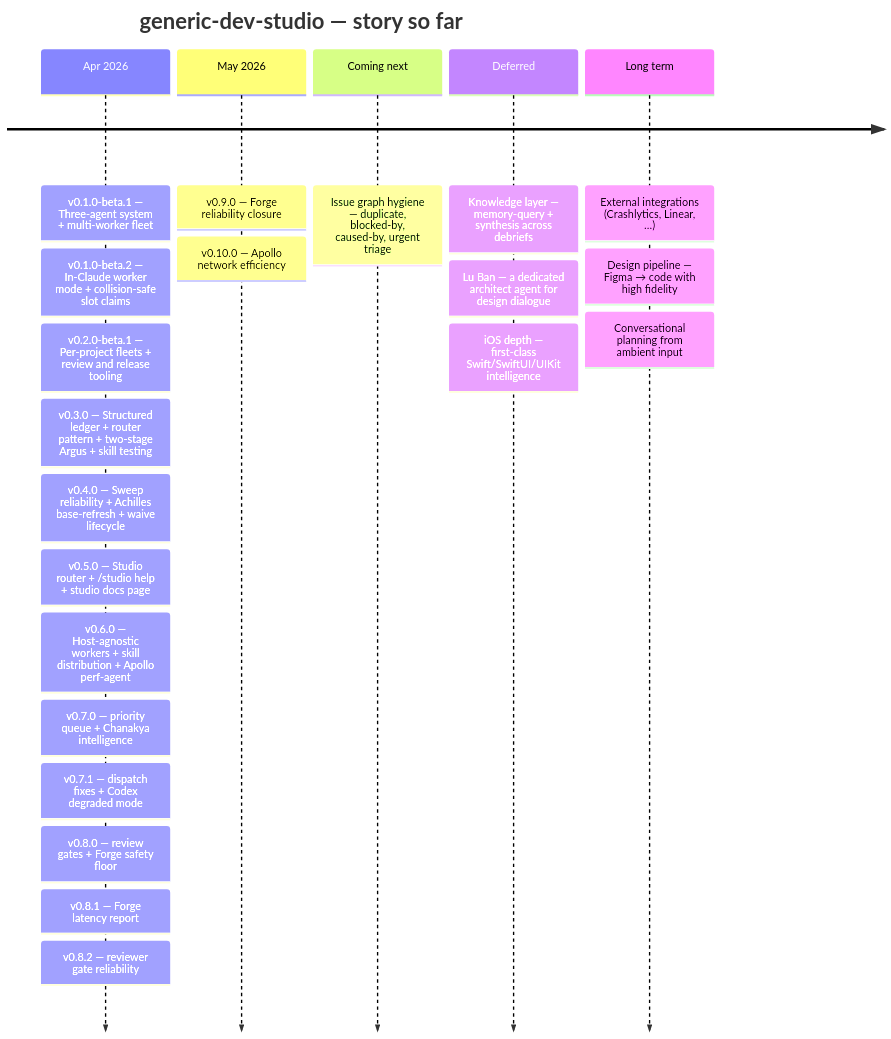
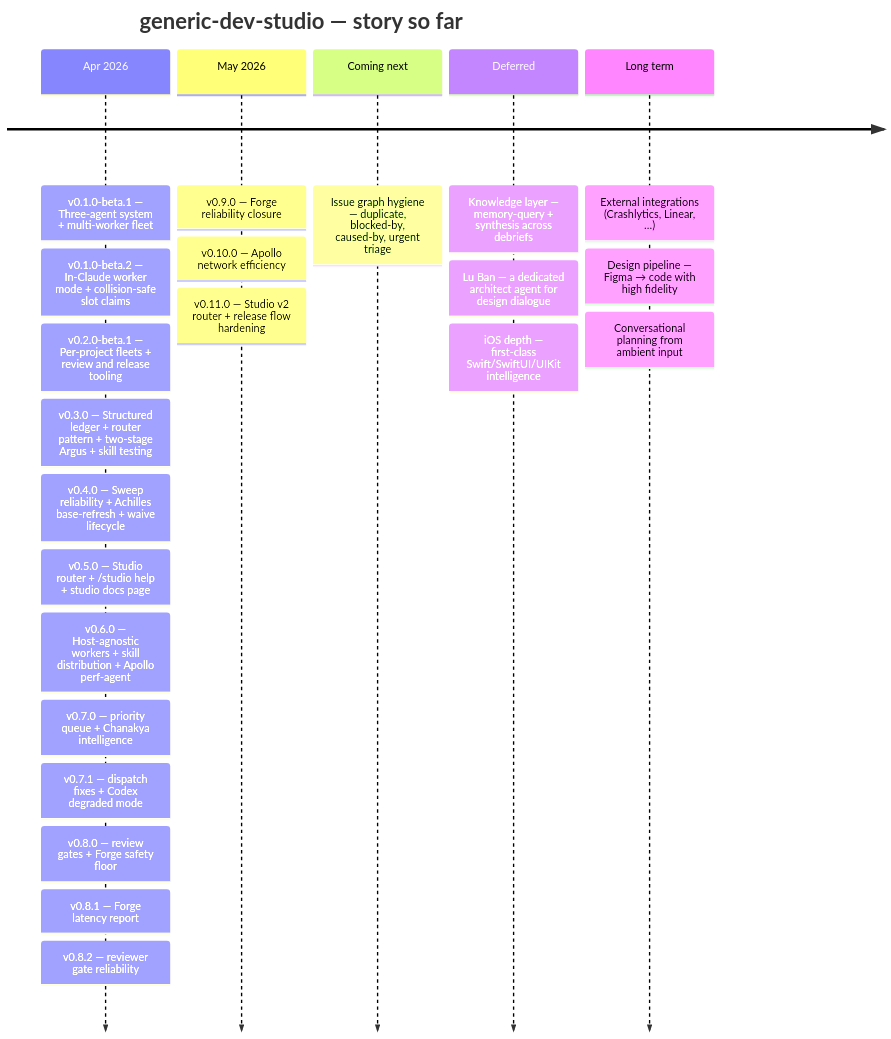
The diagram in README.md (v-i-s-h-a-l/generic-dev-studio), drawn with Mermaid before and after one commit. The commit also changed other lines of this file and 2 other files, not shown here.

Commit message:
README: v0.11.0 timeline and story update

````diff
--- a/README.md
+++ b/README.md
@@ -13,25 +13,26 @@
 ```mermaid
 timeline
     title generic-dev-studio — story so far
     Apr 2026 : v0.1.0-beta.1 — Three-agent system + multi-worker fleet
              : v0.1.0-beta.2 — In-Claude worker mode + collision-safe slot claims
              : v0.2.0-beta.1 — Per-project fleets + review and release tooling
              : v0.3.0 — Structured ledger + router pattern + two-stage Argus + skill testing
              : v0.4.0 — Sweep reliability + Achilles base-refresh + waive lifecycle
              : v0.5.0 — Studio router + /studio help + studio docs page
              : v0.6.0 — Host-agnostic workers + skill distribution + Apollo perf-agent
              : v0.7.0 — priority queue + Chanakya intelligence
              : v0.7.1 — dispatch fixes + Codex degraded mode
              : v0.8.0 — review gates + Forge safety floor
              : v0.8.1 — Forge latency report
              : v0.8.2 — reviewer gate reliability
     May 2026 : v0.9.0 — Forge reliability closure
              : v0.10.0 — Apollo network efficiency
+             : v0.11.0 — Studio v2 router + release flow hardening
     Coming next : Issue graph hygiene — duplicate, blocked-by, caused-by, urgent triage
     Deferred : Knowledge layer — memory-query + synthesis across debriefs
              : Lu Ban — a dedicated architect agent for design dialogue
              : iOS depth — first-class Swift/SwiftUI/UIKit intelligence
     Long term : External integrations (Crashlytics, Linear, …)
               : Design pipeline — Figma → code with high fidelity
               : Conversational planning from ambient input
 ```
````
